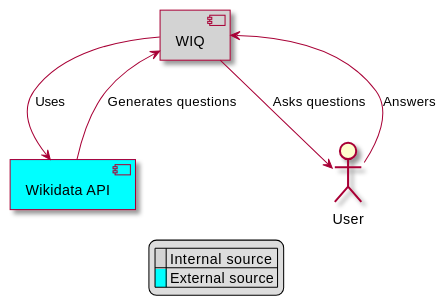
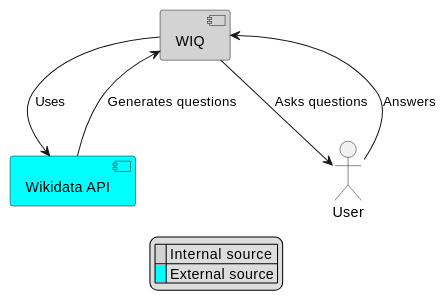
One commit to Arquisoft/wiq_es1c changed the first of 2 diagrams in docs/src/03_system_scope_and_context.adoc. Above: the diagram before and after it, drawn with PlantUML. The commit also changed other lines of this file, not shown here.

Commit message:
plantuml for technical context

```diff
--- a/docs/src/03_system_scope_and_context.adoc
+++ b/docs/src/03_system_scope_and_context.adoc
@@ -51,19 +51,18 @@
 [plantuml, "businesscontext", png]
 ----
-skin rose
 
 component "WIQ" as wiq #LightGray
 component "Wikidata API" as data #Cyan
 [wiq] --> [data]: Uses
 [data] --> [wiq]: Generates questions
 :User: --> [wiq]: Answers
 wiq --> User: Asks questions
 
 
 legend
  |<back:#LightGray>   </back>| Internal source |
  |<back:#Cyan>   </back>| External source |
  endlegend
 
 
 ----
```
